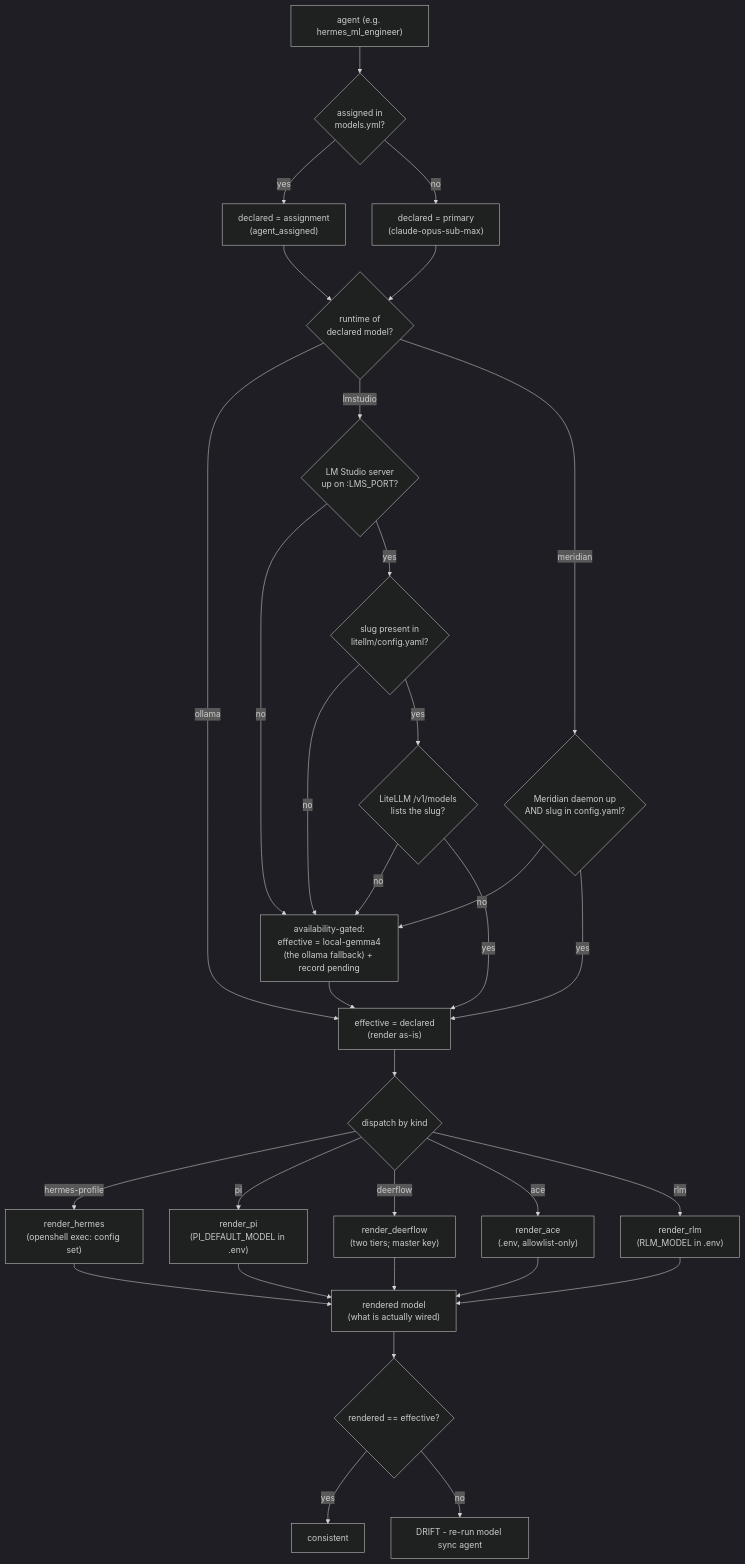
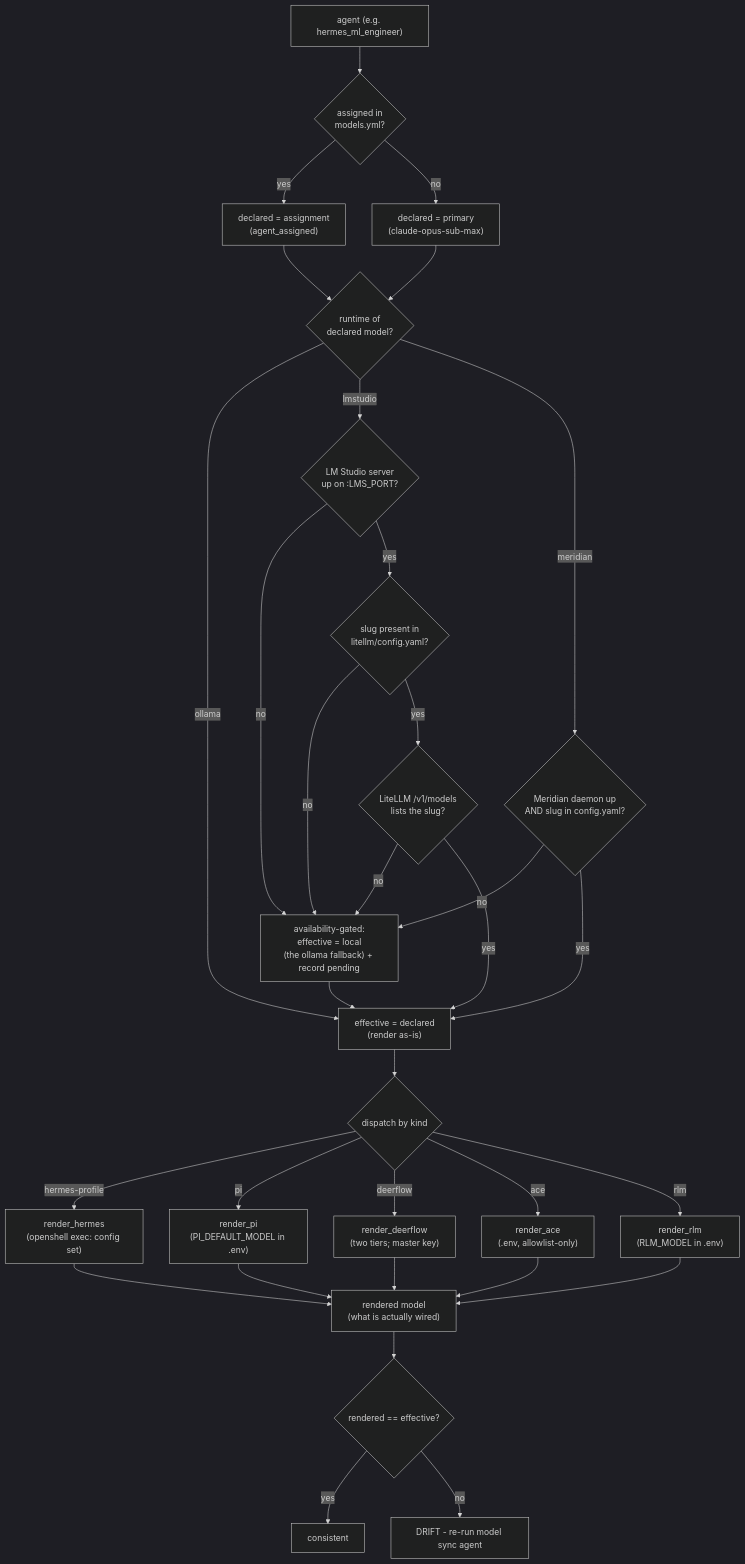
One commit to mayssamj/versatile-ai-stack changed the sixth of 21 diagrams in doc/DIAGRAMS.md. Above: the diagram before and after it, drawn with Mermaid (dark theme). The commit also changed other lines of this file and 33 other files, not shown here.

````diff
--- a/doc/DIAGRAMS.md
+++ b/doc/DIAGRAMS.md
@@ -399,41 +398,41 @@
 ```mermaid
 flowchart TB
   A["agent (e.g. hermes_ml_engineer)"] --> ASG{assigned in<br/>models.yml?}
   ASG -- yes --> DECL["declared = assignment<br/>(agent_assigned)"]
   ASG -- no --> PRI["declared = primary<br/>(claude-opus-sub-max)"]
   DECL --> RT{runtime of<br/>declared model?}
   PRI --> RT
 
   RT -- ollama --> EFF["effective = declared<br/>(render as-is)"]
 
   RT -- lmstudio --> G1{LM Studio server<br/>up on :LMS_PORT?}
   G1 -- no --> FB
   G1 -- yes --> G2{slug present in<br/>litellm/config.yaml?}
   G2 -- no --> FB
   G2 -- yes --> G3{LiteLLM /v1/models<br/>lists the slug?}
   G3 -- no --> FB
   G3 -- yes --> EFF
 
   RT -- meridian --> M1{Meridian daemon up<br/>AND slug in config.yaml?}
   M1 -- no --> FB
   M1 -- yes --> EFF
 
-  FB["availability-gated:<br/>effective = local-gemma4<br/>(the ollama fallback) + record pending"] --> EFF
+  FB["availability-gated:<br/>effective = local<br/>(the ollama fallback) + record pending"] --> EFF
 
   EFF --> DISP{dispatch by kind}
   DISP -- hermes-profile --> RH["render_hermes<br/>(openshell exec: config set)"]
   DISP -- pi --> RP["render_pi<br/>(PI_DEFAULT_MODEL in .env)"]
   DISP -- deerflow --> RD["render_deerflow<br/>(two tiers; master key)"]
   DISP -- ace --> RA["render_ace<br/>(.env, allowlist-only)"]
   DISP -- rlm --> RR["render_rlm<br/>(RLM_MODEL in .env)"]
 
   RH --> RDR["rendered model<br/>(what is actually wired)"]
   RP --> RDR
   RD --> RDR
   RA --> RDR
   RR --> RDR
 
   RDR --> DR{rendered == effective?}
   DR -- yes --> OK["consistent"]
   DR -- no --> DRIFT["DRIFT - re-run model sync agent"]
 ```
````
